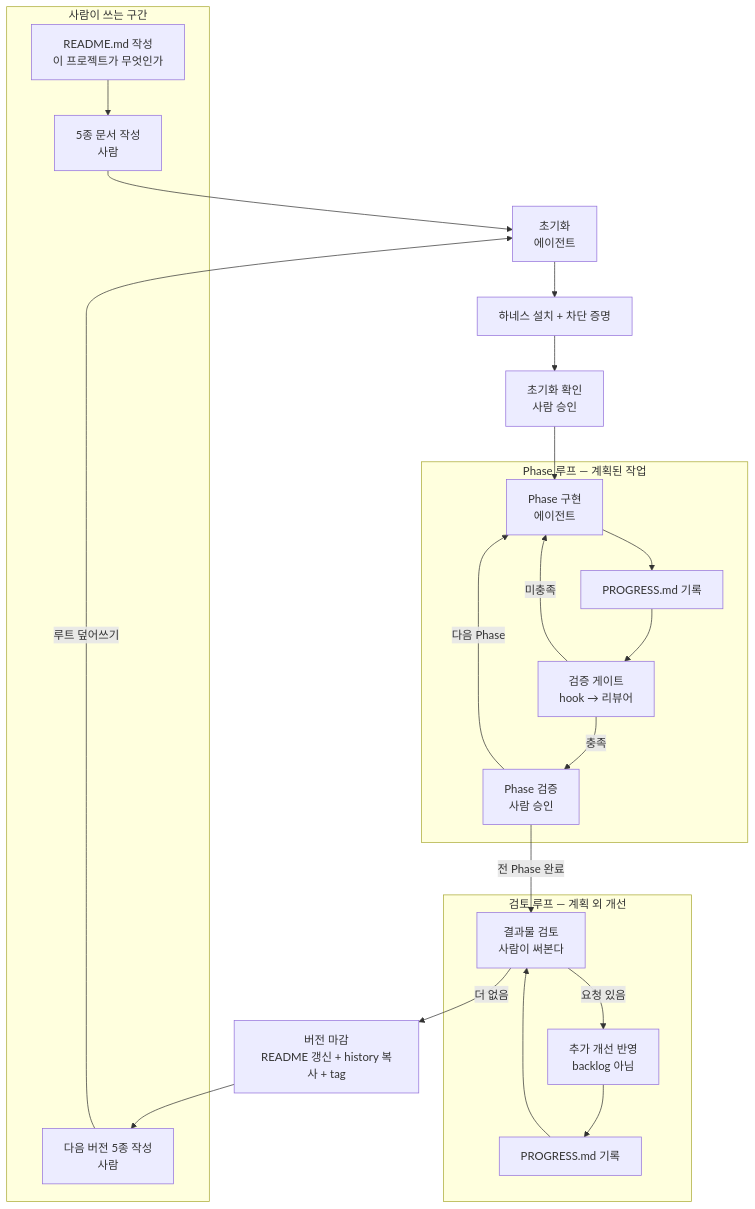
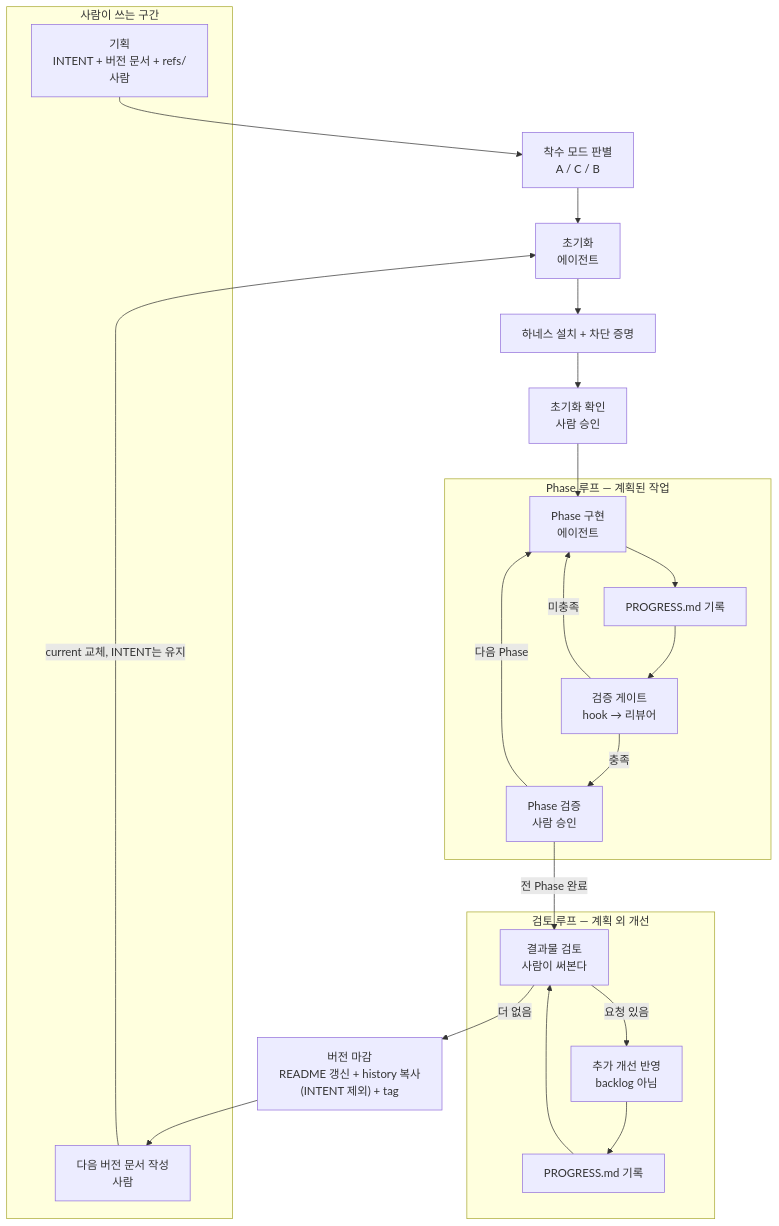
One commit to nampluskr/project-workflow changed the diagram in WORKFLOW.md. Above: the diagram before and after it, drawn with Mermaid. The commit also changed other lines of this file and 10 other files, not shown here.

````diff
--- a/WORKFLOW.md
+++ b/WORKFLOW.md
@@ -76,44 +140,43 @@
 ```mermaid
 flowchart TD
-    A0["README.md 작성<br/>이 프로젝트가 무엇인가"]
-    A1["5종 문서 작성<br/>사람"]
+    P0["기획<br/>INTENT + 버전 문서 + refs/<br/>사람"]
+    A1["착수 모드 판별<br/>A / C / B"]
     B1["초기화<br/>에이전트"]
     B2["하네스 설치 + 차단 증명"]
     B3["초기화 확인<br/>사람 승인"]
     C1["Phase 구현<br/>에이전트"]
     C2["PROGRESS.md 기록"]
     C3["검증 게이트<br/>hook → 리뷰어"]
     C4["Phase 검증<br/>사람 승인"]
     R1["결과물 검토<br/>사람이 써본다"]
     R2["추가 개선 반영<br/>backlog 아님"]
     R3["PROGRESS.md 기록"]
-    D1["버전 마감<br/>README 갱신 + history 복사 + tag"]
-    E1["다음 버전 5종 작성<br/>사람"]
+    D1["버전 마감<br/>README 갱신 + history 복사(INTENT 제외) + tag"]
+    E1["다음 버전 문서 작성<br/>사람"]
 
-    A0 --> A1 --> B1 --> B2 --> B3 --> C1 --> C2 --> C3
+    P0 --> A1 --> B1 --> B2 --> B3 --> C1 --> C2 --> C3
     C3 -->|미충족| C1
     C3 -->|충족| C4
     C4 -->|다음 Phase| C1
     C4 -->|전 Phase 완료| R1
     R1 -->|요청 있음| R2 --> R3 --> R1
     R1 -->|더 없음| D1
     D1 --> E1
-    E1 -->|루트 덮어쓰기| B1
+    E1 -->|current 교체, INTENT는 유지| B1
 
     subgraph HUMAN["사람이 쓰는 구간"]
-        A0
-        A1
+        P0
         E1
     end
     subgraph LOOP["Phase 루프 — 계획된 작업"]
         C1
         C2
         C3
         C4
     end
     subgraph REVIEW["검토 루프 — 계획 외 개선"]
         R1
         R2
         R3
     end
 ```
````
